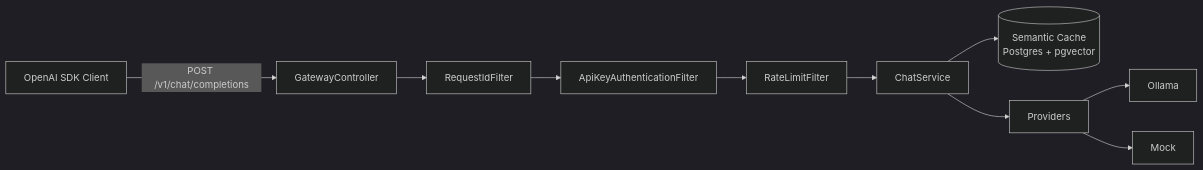
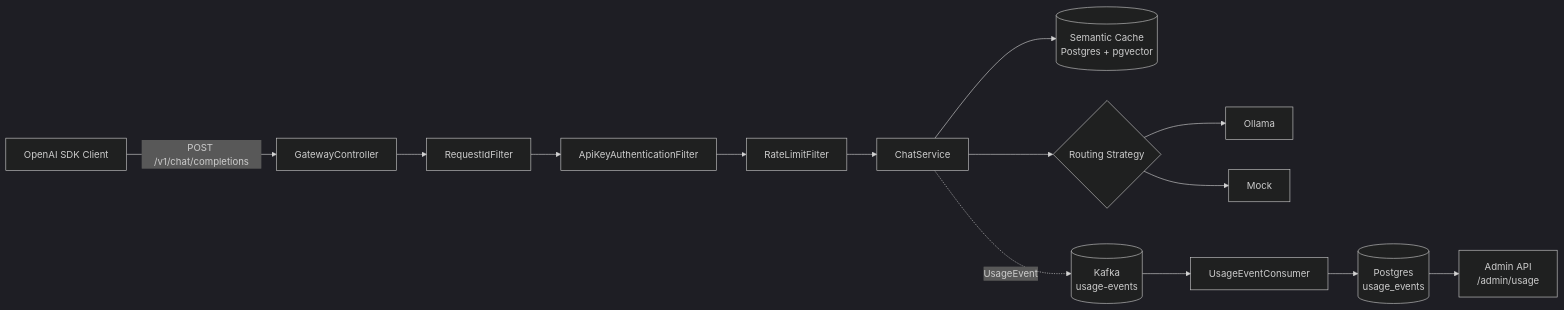
Before and after one commit to MarcosLM11/llmgateway: the diagram in README.md, drawn with Mermaid (dark theme). The commit also changed other lines of this file and 3 other files, not shown here.

````diff
--- a/README.md
+++ b/README.md
@@ -49,12 +63,16 @@
 ```mermaid
 flowchart LR
     A[OpenAI SDK Client] -->|POST /v1/chat/completions| B[GatewayController]
     B --> C[RequestIdFilter]
     C --> D[ApiKeyAuthenticationFilter]
     D --> E[RateLimitFilter]
     E --> F[ChatService]
     F --> G[(Semantic Cache<br/>Postgres + pgvector)]
-    F --> H[Providers]
+    F --> H{Routing Strategy}
     H --> H1[Ollama]
     H --> H2[Mock]
+    F -.UsageEvent.-> K[(Kafka<br/>usage-events)]
+    K --> L[UsageEventConsumer]
+    L --> M[(Postgres<br/>usage_events)]
+    M --> N[Admin API<br/>/admin/usage]
 ```
````
